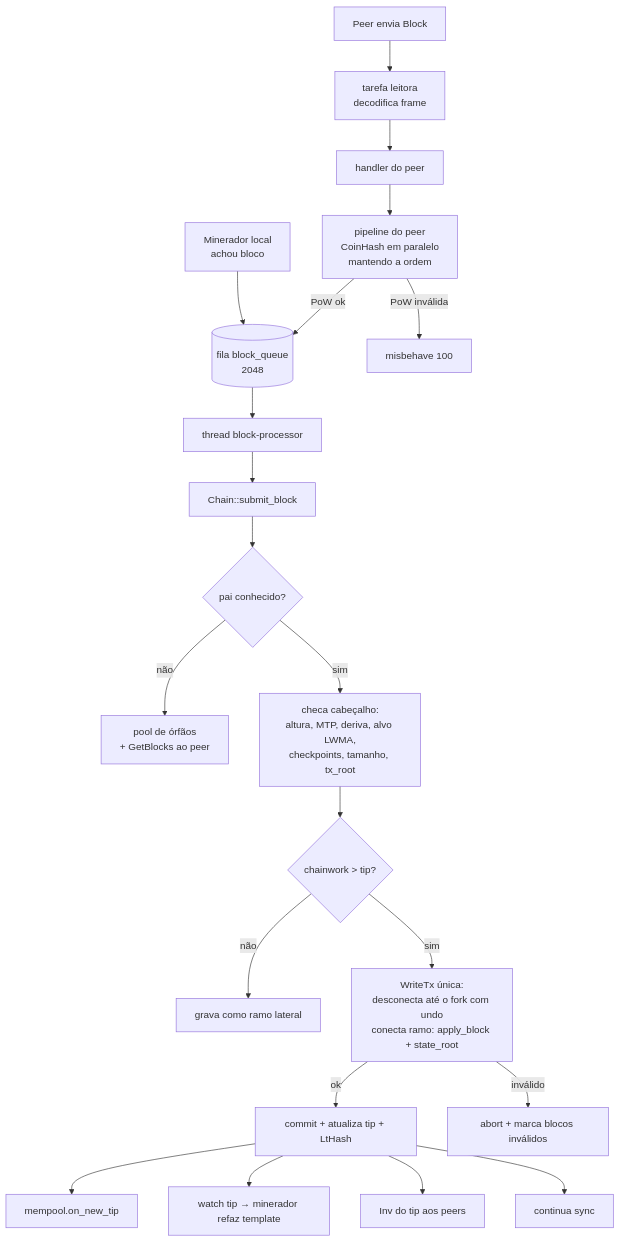
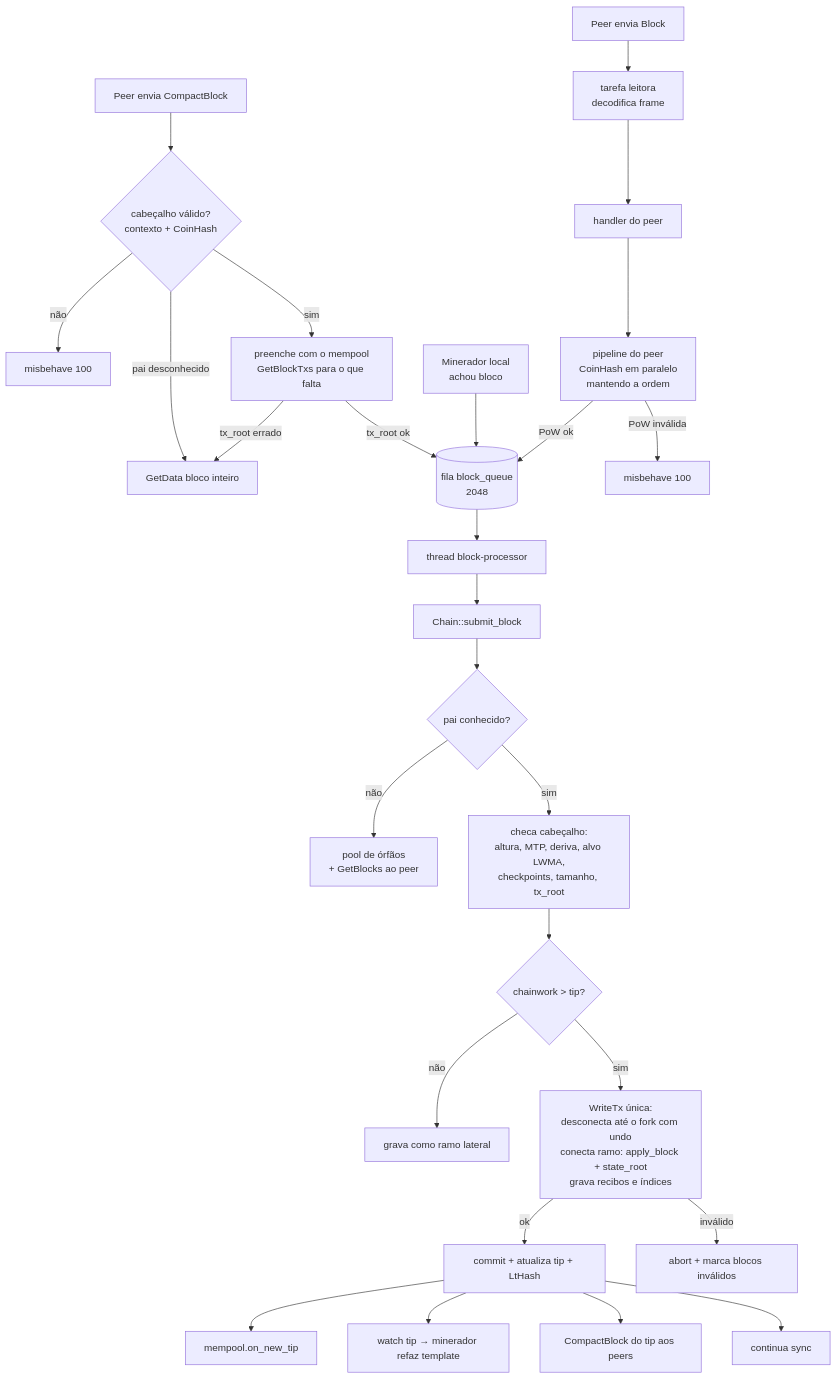
One commit to LucasBolla94/thecoin changed the second of 3 diagrams in docs/ARCHITECTURE.md. Above: the diagram before and after it, drawn with Mermaid. The commit also changed other lines of this file and 18 other files, not shown here.

````diff
--- a/docs/ARCHITECTURE.md
+++ b/docs/ARCHITECTURE.md
@@ -114,23 +137,29 @@
 ```mermaid
 flowchart TD
     P[Peer envia Block] --> R[tarefa leitora<br/>decodifica frame]
+    PC[Peer envia CompactBlock] --> CH0{cabeçalho válido?<br/>contexto + CoinHash}
+    CH0 -->|não| BAN0[misbehave 100]
+    CH0 -->|pai desconhecido| GD[GetData bloco inteiro]
+    CH0 -->|sim| FILL[preenche com o mempool<br/>GetBlockTxs para o que falta]
+    FILL -->|tx_root ok| Q
+    FILL -->|tx_root errado| GD
     R --> H[handler do peer]
     H --> PL[pipeline do peer<br/>CoinHash em paralelo<br/>mantendo a ordem]
     M[Minerador local<br/>achou bloco] --> Q
     PL -->|PoW ok| Q[(fila block_queue<br/>2048)]
     PL -->|PoW inválida| BAN[misbehave 100]
     Q --> BP[thread block-processor]
     BP --> SB[Chain::submit_block]
     SB --> CH{pai conhecido?}
     CH -->|não| ORF[pool de órfãos<br/>+ GetBlocks ao peer]
     CH -->|sim| HDR[checa cabeçalho:<br/>altura, MTP, deriva, alvo LWMA,<br/>checkpoints, tamanho, tx_root]
     HDR --> W{chainwork > tip?}
     W -->|não| SIDE[grava como ramo lateral]
-    W -->|sim| RG[WriteTx única:<br/>desconecta até o fork com undo<br/>conecta ramo: apply_block + state_root]
+    W -->|sim| RG[WriteTx única:<br/>desconecta até o fork com undo<br/>conecta ramo: apply_block + state_root<br/>grava recibos e índices]
     RG -->|ok| COMMIT[commit + atualiza tip + LtHash]
     RG -->|inválido| ABORT[abort + marca blocos inválidos]
     COMMIT --> MP[mempool.on_new_tip]
     COMMIT --> TIP[watch tip → minerador refaz template]
-    COMMIT --> INV[Inv do tip aos peers]
+    COMMIT --> INV[CompactBlock do tip aos peers]
     COMMIT --> SYNC[continua sync]
 ```
````
